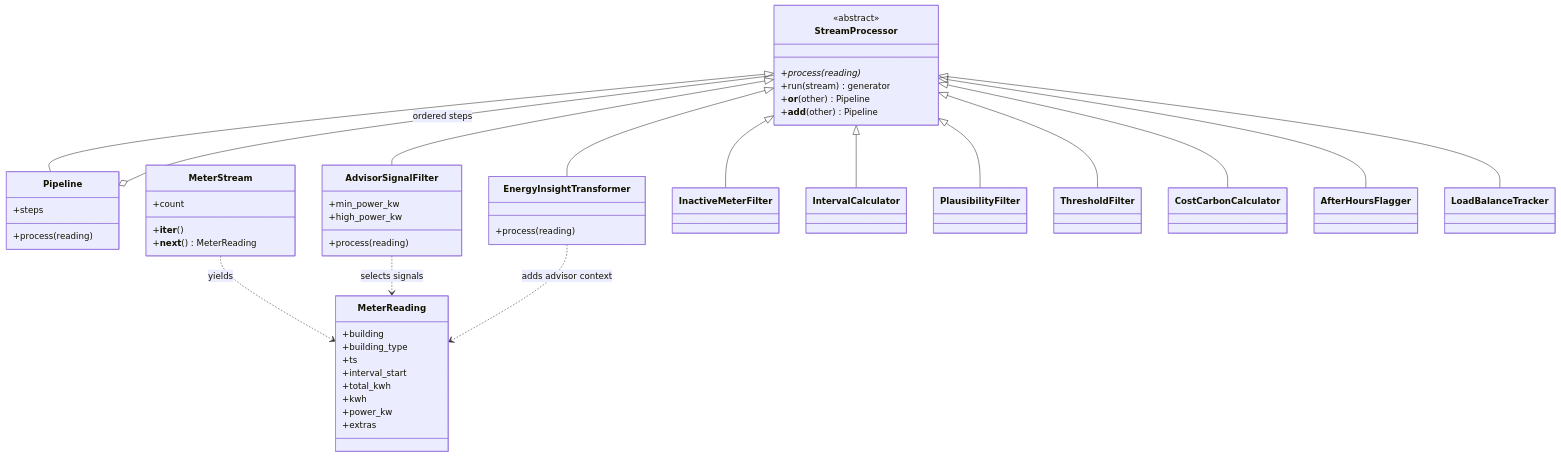
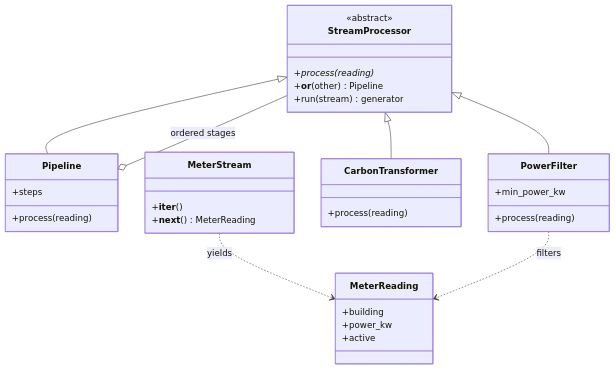
The diagram in README.md (shre-afk/Capstone_project), drawn with Mermaid before and after one commit. The commit also changed other lines of this file and 11 other files, not shown here.

````diff
--- a/README.md
+++ b/README.md
@@ -21,51 +27,35 @@
 ```mermaid
 classDiagram
     class StreamProcessor {
         <<abstract>>
         +process(reading)*
+        +__or__(other) Pipeline
         +run(stream) generator
-        +__or__(other) Pipeline
-        +__add__(other) Pipeline
     }
     class Pipeline {
         +steps
         +process(reading)
     }
+    class PowerFilter {
+        +min_power_kw
+        +process(reading)
+    }
+    class CarbonTransformer {
+        +process(reading)
+    }
+    class MeterReading {
+        +building
+        +power_kw
+        +active
+    }
     class MeterStream {
-        +count
         +__iter__()
         +__next__() MeterReading
     }
-    class MeterReading {
-        +building
-        +building_type
-        +ts
-        +interval_start
-        +total_kwh
-        +kwh
-        +power_kw
-        +extras
-    }
-    class AdvisorSignalFilter {
-        +min_power_kw
-        +high_power_kw
-        +process(reading)
-    }
-    class EnergyInsightTransformer {
-        +process(reading)
-    }
     StreamProcessor <|-- Pipeline
-    StreamProcessor <|-- InactiveMeterFilter
-    StreamProcessor <|-- IntervalCalculator
-    StreamProcessor <|-- PlausibilityFilter
-    StreamProcessor <|-- ThresholdFilter
-    StreamProcessor <|-- CostCarbonCalculator
-    StreamProcessor <|-- AfterHoursFlagger
-    StreamProcessor <|-- LoadBalanceTracker
-    StreamProcessor <|-- AdvisorSignalFilter
-    StreamProcessor <|-- EnergyInsightTransformer
-    Pipeline o-- StreamProcessor : ordered steps
+    StreamProcessor <|-- PowerFilter
+    StreamProcessor <|-- CarbonTransformer
+    Pipeline o-- StreamProcessor : ordered stages
     MeterStream ..> MeterReading : yields
-    AdvisorSignalFilter ..> MeterReading : selects signals
-    EnergyInsightTransformer ..> MeterReading : adds advisor context
+    PowerFilter ..> MeterReading : filters
 ```
````
